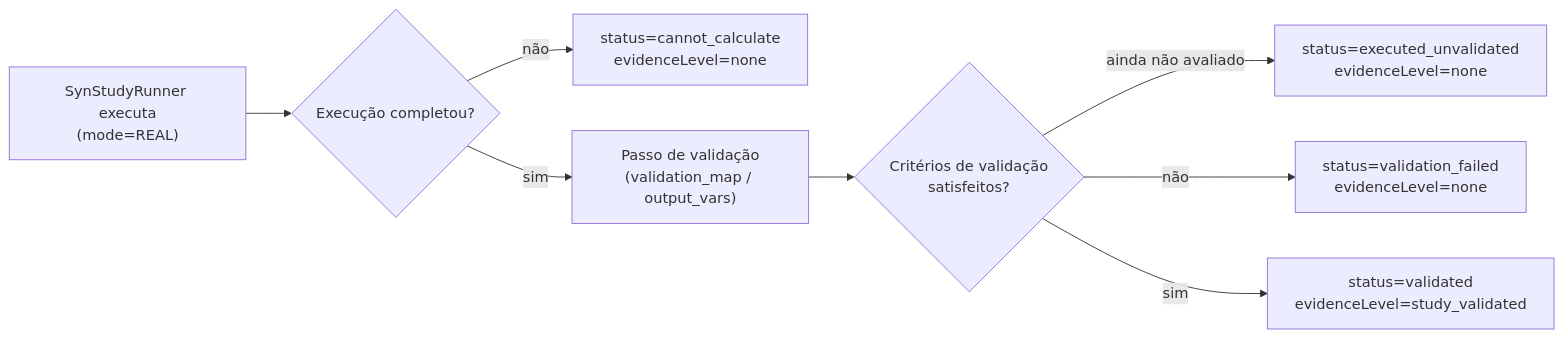
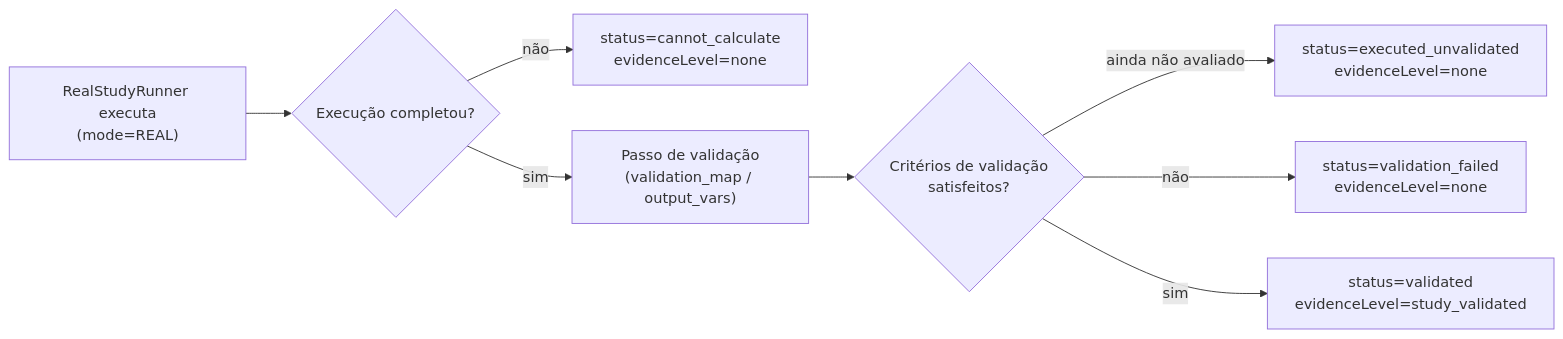
Before and after one commit to Jaquelaurenti/policy-playground-spec: the sixth of 12 diagrams in .kiro/specs/policy-playground/design.md, drawn with Mermaid. The commit also changed other lines of this file and 8 other files, not shown here.

````diff
--- a/.kiro/specs/policy-playground/design.md
+++ b/.kiro/specs/policy-playground/design.md
@@ -387,10 +387,10 @@
 ```mermaid
 flowchart LR
-    Run["SynStudyRunner executa\n(mode=REAL)"] --> Done{"Execução completou?"}
+    Run["RealStudyRunner executa\n(mode=REAL)"] --> Done{"Execução completou?"}
     Done -->|não| CC["status=cannot_calculate\nevidenceLevel=none"]
     Done -->|sim| Vstep["Passo de validação\n(validation_map / output_vars)"]
     Vstep --> Vok{"Critérios de validação\nsatisfeitos?"}
     Vok -->|ainda não avaliado| EU["status=executed_unvalidated\nevidenceLevel=none"]
     Vok -->|não| VF["status=validation_failed\nevidenceLevel=none"]
     Vok -->|sim| OK["status=validated\nevidenceLevel=study_validated"]
 ```
````
